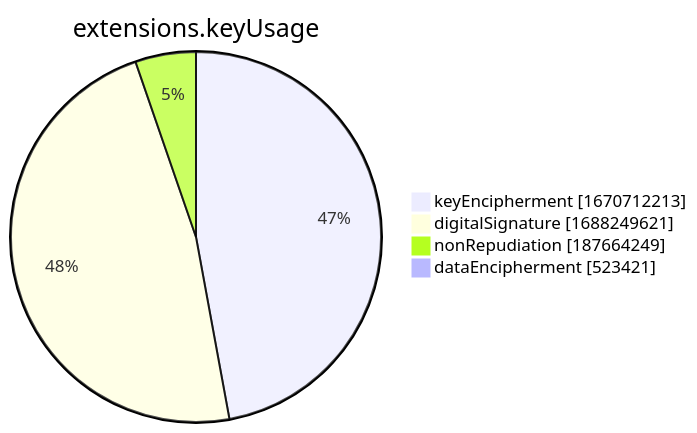
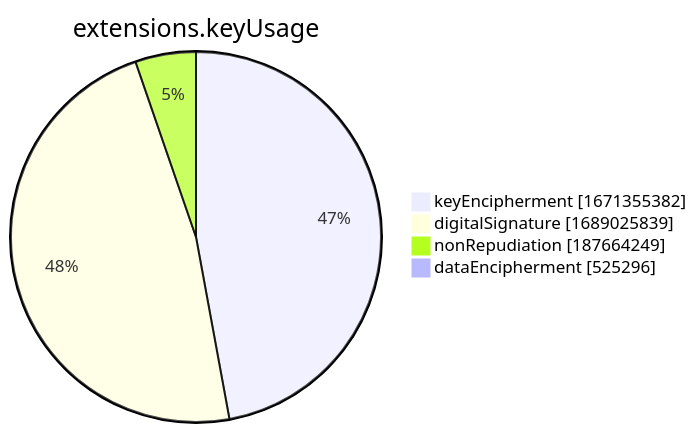
The seventh of 15 diagrams in xenon2022/README.md (christiankrug/ctmonitor_visualization), drawn with Mermaid before and after one commit. The commit also changed other lines of this file, not shown here.

````diff
--- a/xenon2022/README.md
+++ b/xenon2022/README.md
@@ -2857,8 +2857,8 @@
 ```mermaid
 pie showData
 title extensions.keyUsage
-"keyEncipherment" :1670712213
-"digitalSignature" :1688249621
+"keyEncipherment" :1671355382
+"digitalSignature" :1689025839
 "nonRepudiation" :187664249
-"dataEncipherment" :523421
+"dataEncipherment" :525296
 ```
````
